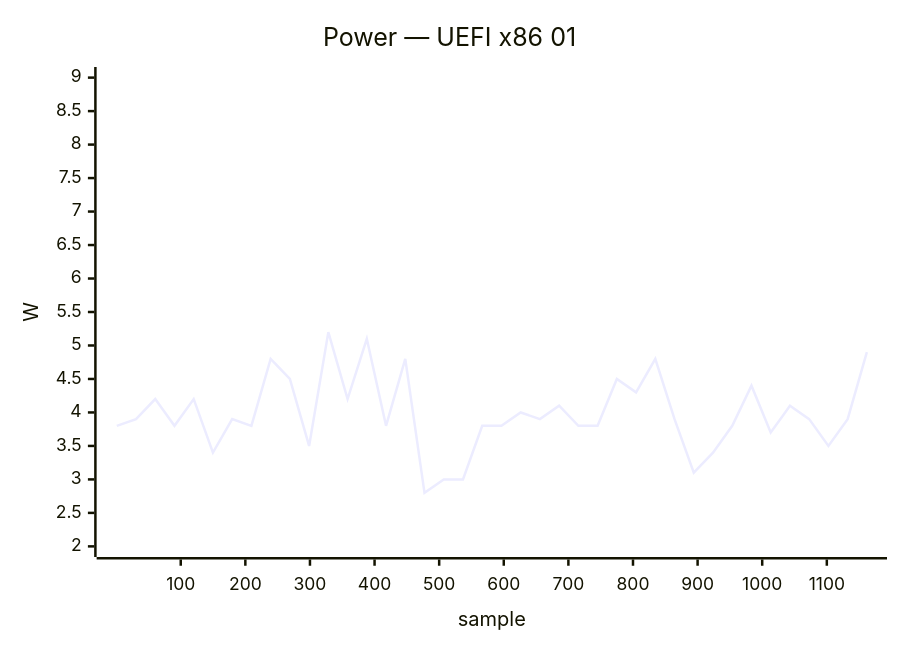
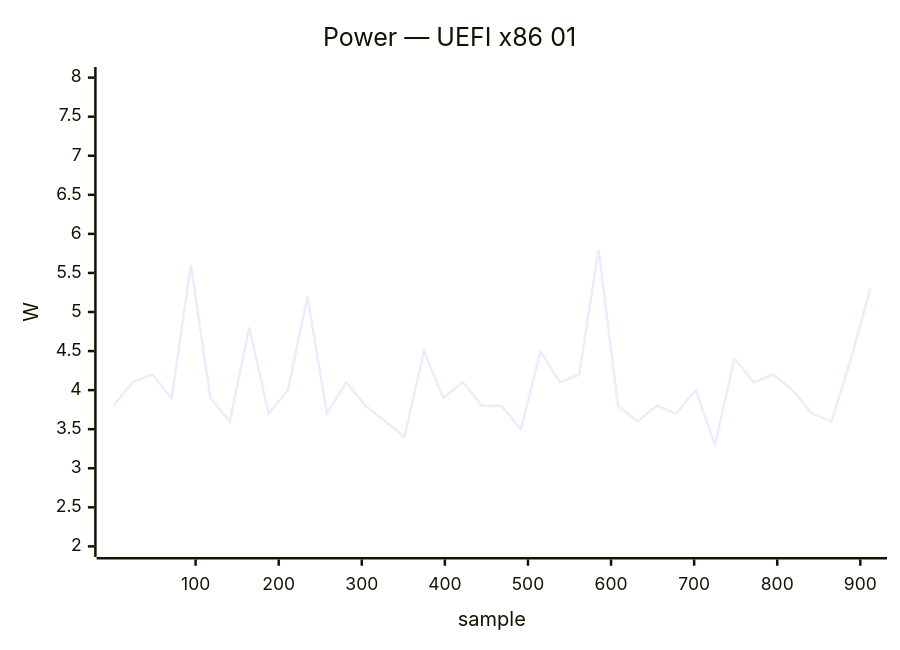
One commit to armbian/documentation changed diagram 39 of 40 in docs/status/board-tests.md. Above: the diagram before and after it, drawn with Mermaid. The commit also changed other lines of this file, not shown here.

````diff
--- a/docs/status/board-tests.md
+++ b/docs/status/board-tests.md
@@ -1868,7 +1929,7 @@
 ```mermaid
 xychart-beta
     title "Power — UEFI x86 01"
-    x-axis "sample" 1 --> 1162
-    y-axis "W" 2.0 --> 9.0
-    line [3.8, 3.9, 4.2, 3.8, 4.2, 3.4, 3.9, 3.8, 4.8, 4.5, 3.5, 5.2, 4.2, 5.1, 3.8, 4.8, 2.8, 3.0, 3.0, 3.8, 3.8, 4.0, 3.9, 4.1, 3.8, 3.8, 4.5, 4.3, 4.8, 3.9, 3.1, 3.4, 3.8, 4.4, 3.7, 4.1, 3.9, 3.5, 3.9, 4.9]
+    x-axis "sample" 1 --> 912
+    y-axis "W" 2.0 --> 8.0
+    line [3.8, 4.1, 4.2, 3.9, 5.6, 3.9, 3.6, 4.8, 3.7, 4.0, 5.2, 3.7, 4.1, 3.8, 3.6, 3.4, 4.5, 3.9, 4.1, 3.8, 3.8, 3.5, 4.5, 4.1, 4.2, 5.8, 3.8, 3.6, 3.8, 3.7, 4.0, 3.3, 4.4, 4.1, 4.2, 4.0, 3.7, 3.6, 4.4, 5.3]
 ```
````
